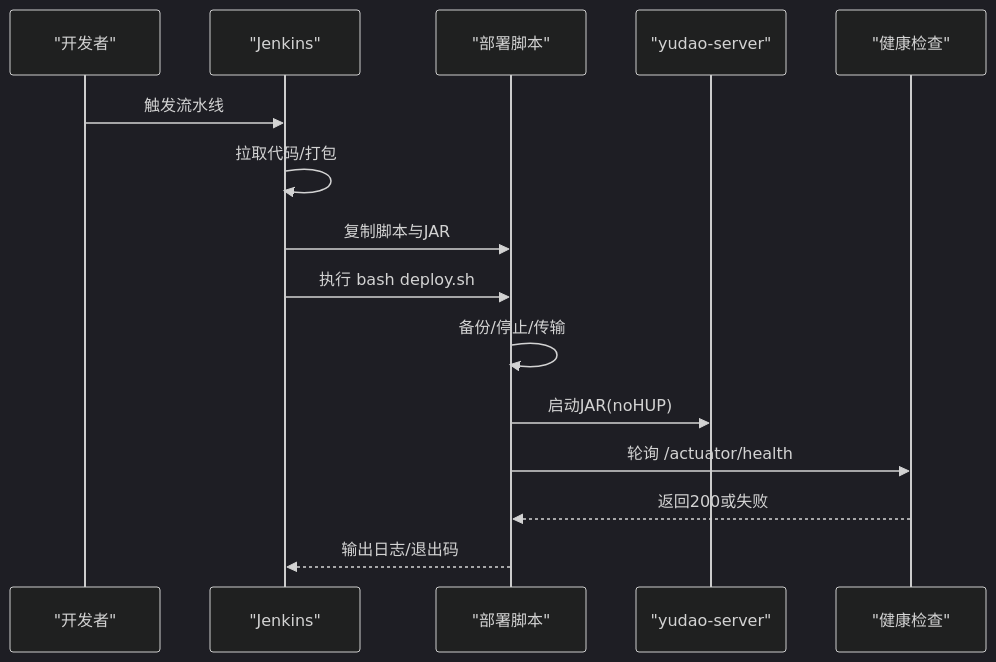
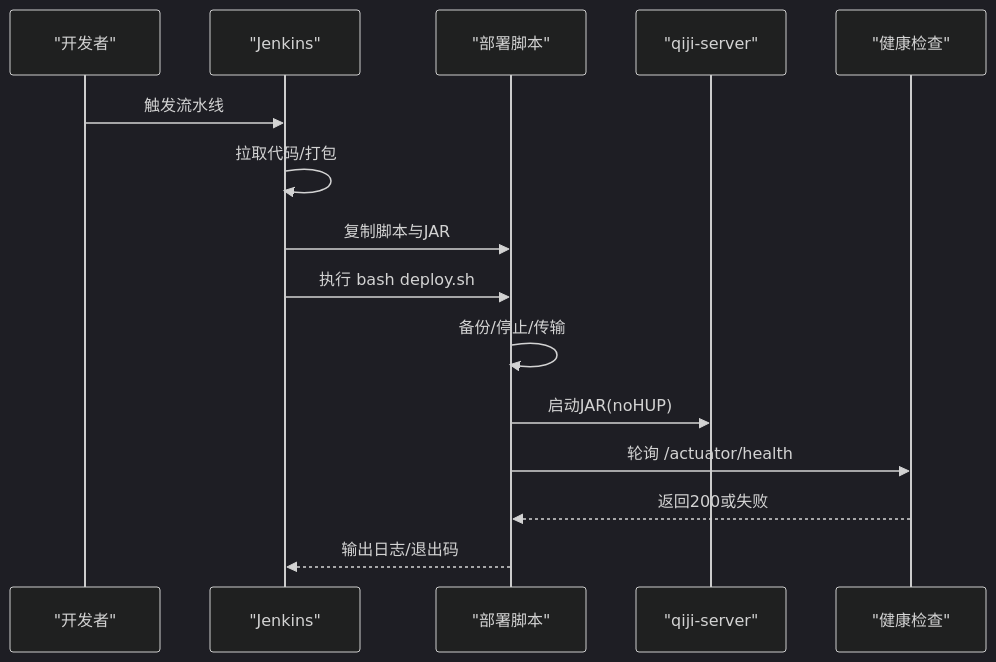
The third of 5 diagrams in backend/.qoder/repowiki/zh/content/部署与运维/运维管理.md (zhuangpengLI/AgenticCPS), drawn with Mermaid (dark theme) before and after one commit. The commit also changed other lines of this file and 3489 other files, not shown here.

````diff
--- a/backend/.qoder/repowiki/zh/content/部署与运维/运维管理.md
+++ b/backend/.qoder/repowiki/zh/content/部署与运维/运维管理.md
@@ -124,17 +124,17 @@
 ```mermaid
 sequenceDiagram
 participant Dev as "开发者"
 participant Jenkins as "Jenkins"
 participant Deploy as "部署脚本"
-participant Server as "yudao-server"
+participant Server as "qiji-server"
 participant Health as "健康检查"
 Dev->>Jenkins : 触发流水线
 Jenkins->>Jenkins : 拉取代码/打包
 Jenkins->>Deploy : 复制脚本与JAR
 Jenkins->>Deploy : 执行 bash deploy.sh
 Deploy->>Deploy : 备份/停止/传输
 Deploy->>Server : 启动JAR(noHUP)
 Deploy->>Health : 轮询 /actuator/health
 Health-->>Deploy : 返回200或失败
 Deploy-->>Jenkins : 输出日志/退出码
 ```
````
